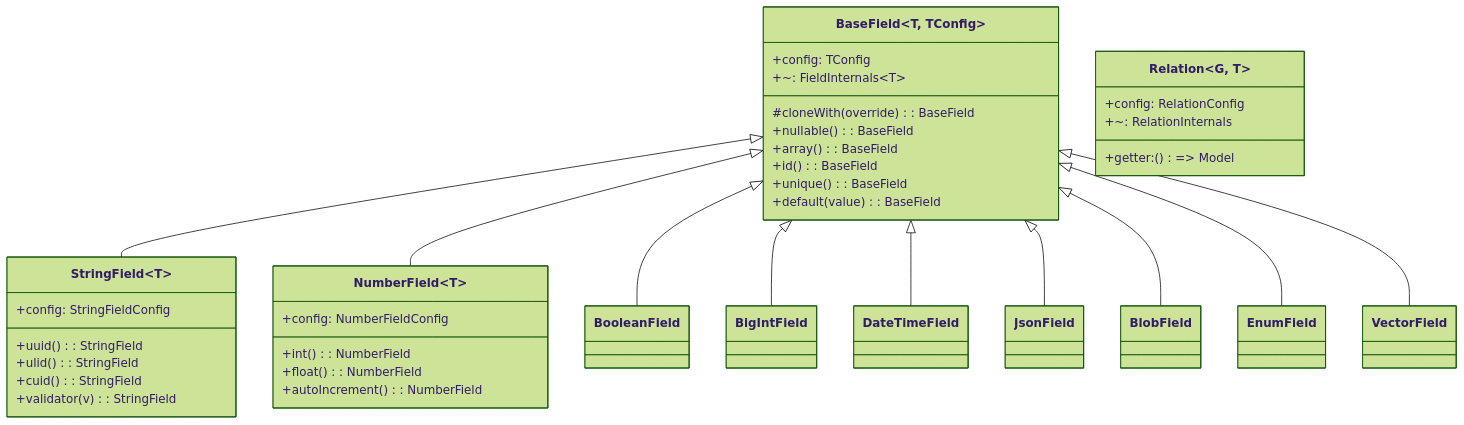
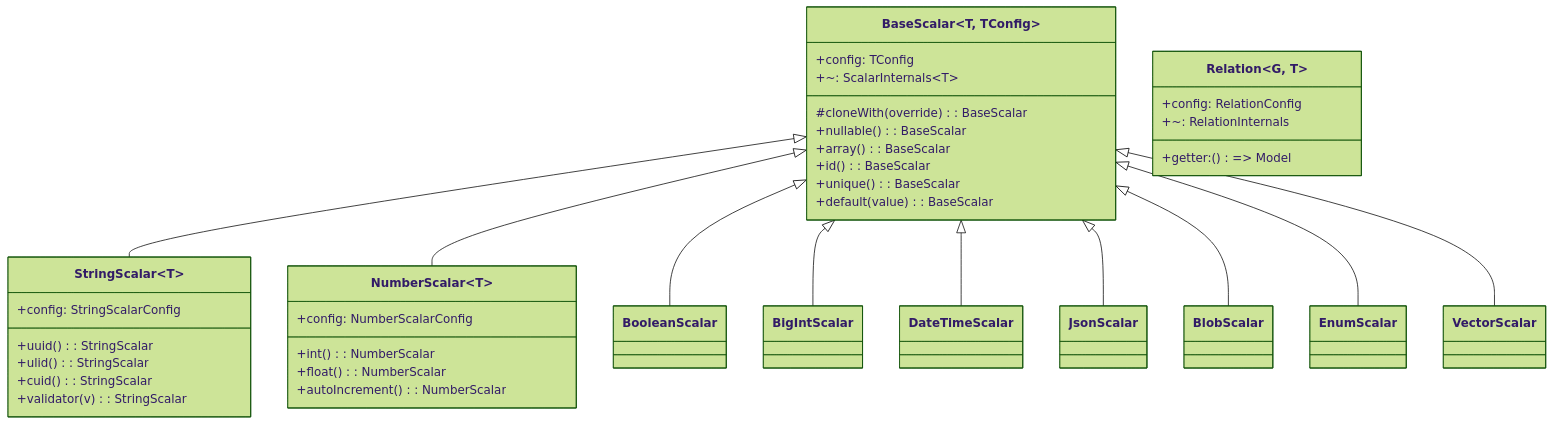
Before and after one commit to beynar/viborm: the first of 5 diagrams in readme/SCHEMA_ARCHITECTURE.md, drawn with Mermaid (forest theme). The commit also changed other lines of this file and 552 other files, not shown here.

````diff
--- a/readme/SCHEMA_ARCHITECTURE.md
+++ b/readme/SCHEMA_ARCHITECTURE.md
@@ -28,44 +28,44 @@
 ```mermaid
 classDiagram
-    class BaseField~T, TConfig~ {
+    class BaseScalar~T, TConfig~ {
         +config: TConfig
-        +~: FieldInternals~T~
-        #cloneWith(override): BaseField
-        +nullable(): BaseField
-        +array(): BaseField
-        +id(): BaseField
-        +unique(): BaseField
-        +default(value): BaseField
+        +~: ScalarInternals~T~
+        #cloneWith(override): BaseScalar
+        +nullable(): BaseScalar
+        +array(): BaseScalar
+        +id(): BaseScalar
+        +unique(): BaseScalar
+        +default(value): BaseScalar
     }
     
-    class StringField~T~ {
-        +config: StringFieldConfig
-        +uuid(): StringField
-        +ulid(): StringField
-        +cuid(): StringField
-        +validator(v): StringField
+    class StringScalar~T~ {
+        +config: StringScalarConfig
+        +uuid(): StringScalar
+        +ulid(): StringScalar
+        +cuid(): StringScalar
+        +validator(v): StringScalar
     }
     
-    class NumberField~T~ {
-        +config: NumberFieldConfig
-        +int(): NumberField
-        +float(): NumberField
-        +autoIncrement(): NumberField
+    class NumberScalar~T~ {
+        +config: NumberScalarConfig
+        +int(): NumberScalar
+        +float(): NumberScalar
+        +autoIncrement(): NumberScalar
     }
     
     class Relation~G, T~ {
         +config: RelationConfig
         +~: RelationInternals
         +getter: () => Model
     }
     
-    BaseField <|-- StringField
-    BaseField <|-- NumberField
-    BaseField <|-- BooleanField
-    BaseField <|-- BigIntField
-    BaseField <|-- DateTimeField
-    BaseField <|-- JsonField
-    BaseField <|-- BlobField
-    BaseField <|-- EnumField
-    BaseField <|-- VectorField
+    BaseScalar <|-- StringScalar
+    BaseScalar <|-- NumberScalar
+    BaseScalar <|-- BooleanScalar
+    BaseScalar <|-- BigIntScalar
+    BaseScalar <|-- DateTimeScalar
+    BaseScalar <|-- JsonScalar
+    BaseScalar <|-- BlobScalar
+    BaseScalar <|-- EnumScalar
+    BaseScalar <|-- VectorScalar
 ```
````
